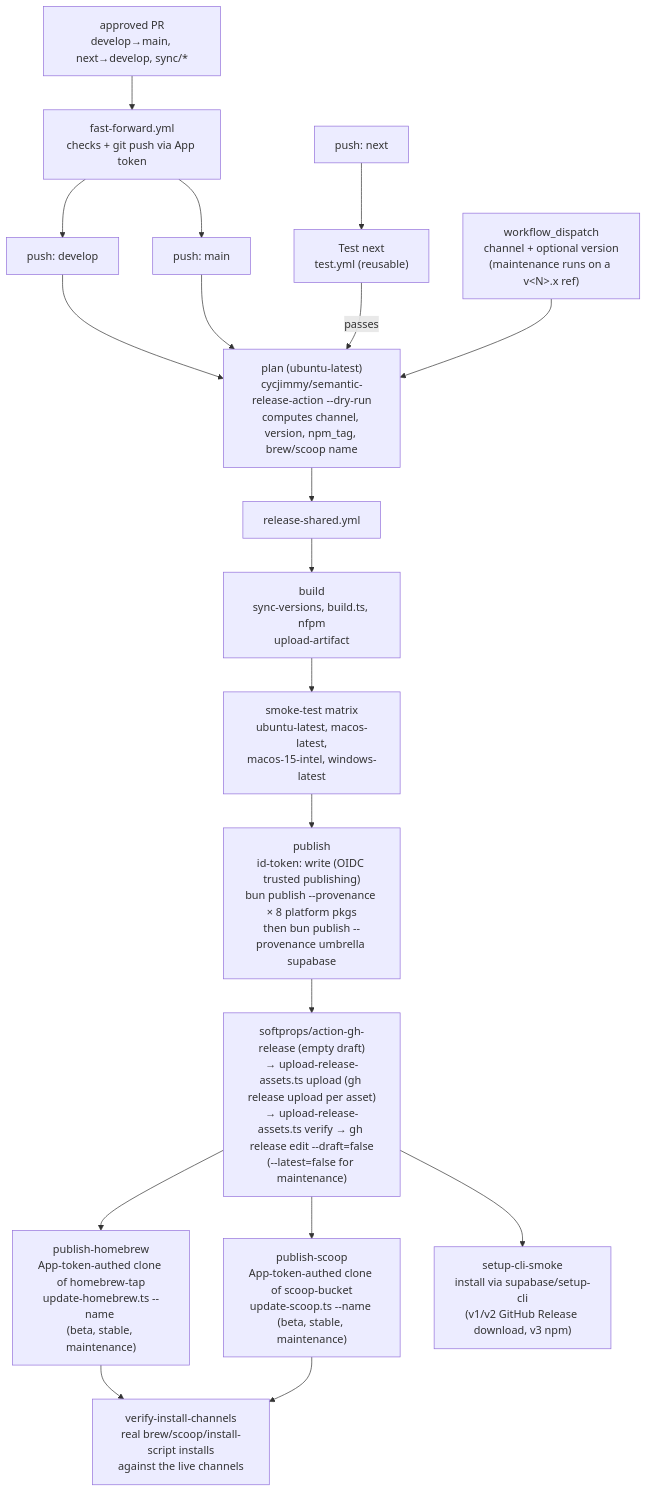
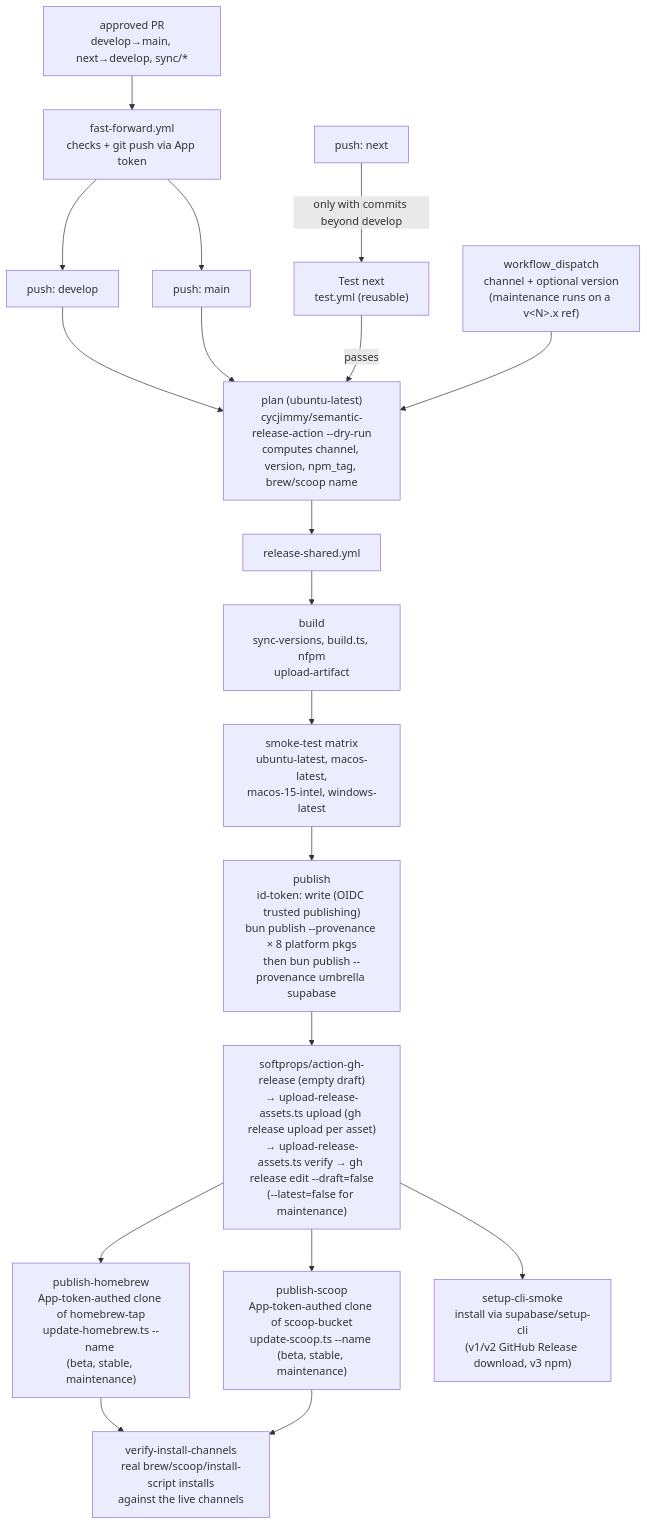
The third of 3 diagrams in apps/cli/docs/release-process.md (supabase/cli), drawn with Mermaid before and after one commit. The commit also changed other lines of this file and 14 other files, not shown here.

````diff
--- a/apps/cli/docs/release-process.md
+++ b/apps/cli/docs/release-process.md
@@ -244,25 +244,25 @@
 ```mermaid
 flowchart TD
     pushDev[push: develop] --> plan
     pushMain[push: main] --> plan
-    pushNext[push: next] --> testNext["Test next<br/>test.yml (reusable)"]
+    pushNext[push: next] -->|"only with commits beyond develop"| testNext["Test next<br/>test.yml (reusable)"]
     testNext -->|passes| plan
     pr["approved PR<br/>develop→main, next→develop, sync/*"] --> ff["fast-forward.yml<br/>checks + git push via App token"]
     ff --> pushMain
     ff --> pushDev
     dispatch["workflow_dispatch<br/>channel + optional version<br/>(maintenance runs on a v&lt;N&gt;.x ref)"] --> plan
 
     plan["plan (ubuntu-latest)<br/>cycjimmy/semantic-release-action --dry-run<br/>computes channel, version, npm_tag, brew/scoop name"]
     plan --> shared
 
     shared["release-shared.yml"]
     shared --> build["build<br/>sync-versions, build.ts, nfpm<br/>upload-artifact"]
     build --> smoke["smoke-test matrix<br/>ubuntu-latest, macos-latest,<br/>macos-15-intel, windows-latest"]
     smoke --> pub["publish<br/>id-token: write (OIDC trusted publishing)<br/>bun publish --provenance × 8 platform pkgs<br/>then bun publish --provenance umbrella supabase"]
     pub --> rel["softprops/action-gh-release (empty draft)<br/>→ upload-release-assets.ts upload (gh release upload per asset)<br/>→ upload-release-assets.ts verify → gh release edit --draft=false<br/>(--latest=false for maintenance)"]
     rel --> hb["publish-homebrew<br/>App-token-authed clone of homebrew-tap<br/>update-homebrew.ts --name <brew_name><br/>(beta, stable, maintenance)"]
     rel --> sc["publish-scoop<br/>App-token-authed clone of scoop-bucket<br/>update-scoop.ts --name <scoop_name><br/>(beta, stable, maintenance)"]
     rel --> sucs["setup-cli-smoke<br/>install via supabase/setup-cli<br/>(v1/v2 GitHub Release download, v3 npm)"]
     hb --> vic["verify-install-channels<br/>real brew/scoop/install-script installs<br/>against the live channels"]
     sc --> vic
 ```
````
